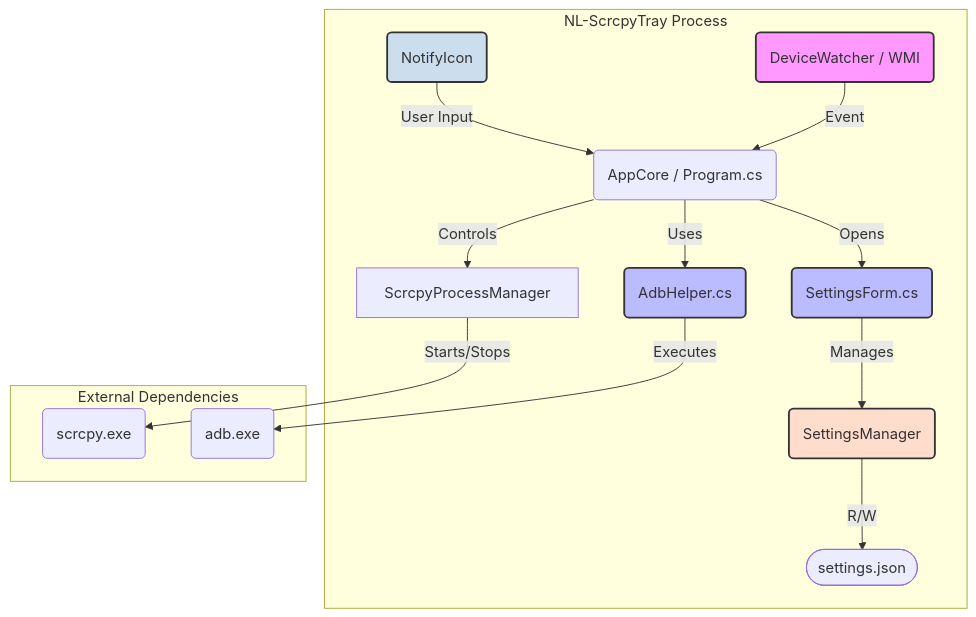
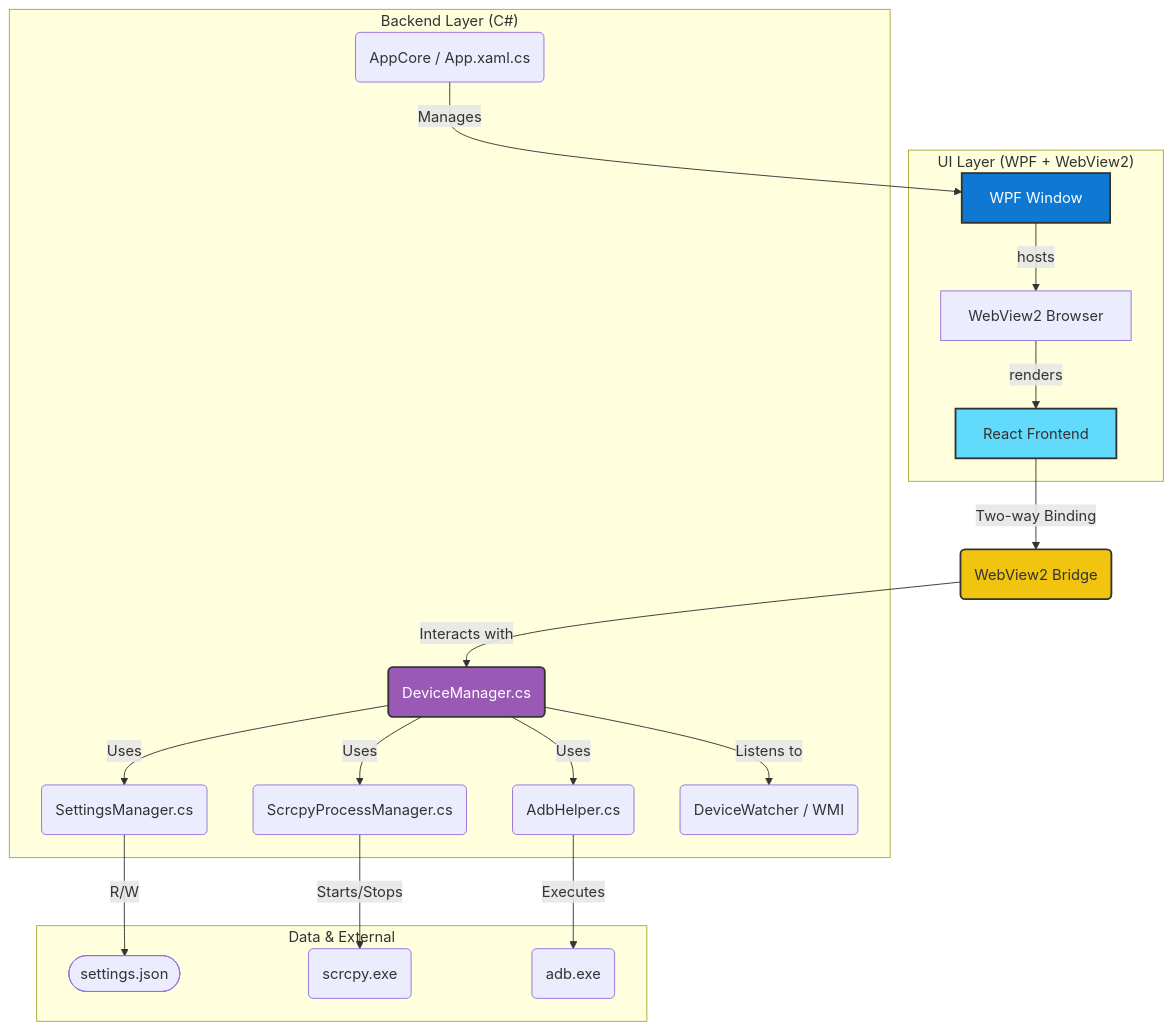
The diagram in markdown/docs/architecture.md (Nekolite-Studio/NL-ScrcpyTray), drawn with Mermaid before and after one commit. The commit also changed other lines of this file and 4 other files, not shown here.

````diff
--- a/markdown/docs/architecture.md
+++ b/markdown/docs/architecture.md
@@ -17,28 +17,46 @@
 ```mermaid
 graph TD
-    subgraph "NL-ScrcpyTray Process"
-        UI(NotifyIcon) -- User Input --> AppCore
-        AppCore(AppCore / Program.cs) -- Opens --> SettingsForm(SettingsForm.cs)
-        AppCore -- Controls --> ScrcpyProcessManager
-        AppCore -- Uses --> AdbHelper(AdbHelper.cs)
-        DeviceWatcher(DeviceWatcher / WMI) -- Event --> AppCore
+    subgraph "UI Layer (WPF + WebView2)"
+        WpfWindow[WPF Window]
+        WebView2[WebView2 Browser]
+        ReactApp[React Frontend]
         
-        SettingsForm -- Manages --> SettingsManager
-        SettingsManager(SettingsManager) -- R/W --> ConfigFile([settings.json])
+        WpfWindow -- hosts --> WebView2
+        WebView2 -- renders --> ReactApp
     end
 
-    ScrcpyProcessManager -- Starts/Stops --> ScrcpyProcess(scrcpy.exe)
-    AdbHelper -- Executes --> AdbProcess(adb.exe)
-
-    subgraph "External Dependencies"
-        ScrcpyProcess
-        AdbProcess
-        ConfigFile
+    subgraph "Backend Layer (C#)"
+        AppCore(AppCore / App.xaml.cs)
+        DeviceManager(DeviceManager.cs)
+        ScrcpyProcessManager(ScrcpyProcessManager.cs)
+        SettingsManager(SettingsManager.cs)
+        AdbHelper(AdbHelper.cs)
+        DeviceWatcher(DeviceWatcher / WMI)
     end
 
-    style UI fill:#cde,stroke:#333,stroke-width:2px
-    style DeviceWatcher fill:#f9f,stroke:#333,stroke-width:2px
-    style SettingsManager fill:#fdc,stroke:#333,stroke-width:2px
-    style SettingsForm fill:#bbf,stroke:#333,stroke-width:2px
-    style AdbHelper fill:#bbf,stroke:#333,stroke-width:2px
+    subgraph "Data & External"
+        ConfigFile([settings.json])
+        ScrcpyProcess(scrcpy.exe)
+        AdbProcess(adb.exe)
+    end
+    
+    %% Interactions
+    AppCore -- Manages --> WpfWindow
+    ReactApp -- Two-way Binding --> WebView2Bridge(WebView2 Bridge)
+    WebView2Bridge -- Interacts with --> DeviceManager
+    
+    DeviceManager -- Uses --> SettingsManager
+    DeviceManager -- Uses --> AdbHelper
+    DeviceManager -- Uses --> ScrcpyProcessManager
+    DeviceManager -- Listens to --> DeviceWatcher
+    
+    SettingsManager -- R/W --> ConfigFile
+    ScrcpyProcessManager -- Starts/Stops --> ScrcpyProcess
+    AdbHelper -- Executes --> AdbProcess
+
+    %% Styling
+    style ReactApp fill:#61DAFB,stroke:#333,stroke-width:2px
+    style WpfWindow fill:#0E78D3,stroke:#333,stroke-width:2px,color:#fff
+    style DeviceManager fill:#9b59b6,stroke:#333,stroke-width:2px,color:#fff
+    style WebView2Bridge fill:#f1c40f,stroke:#333,stroke-width:2px
 ```
````
